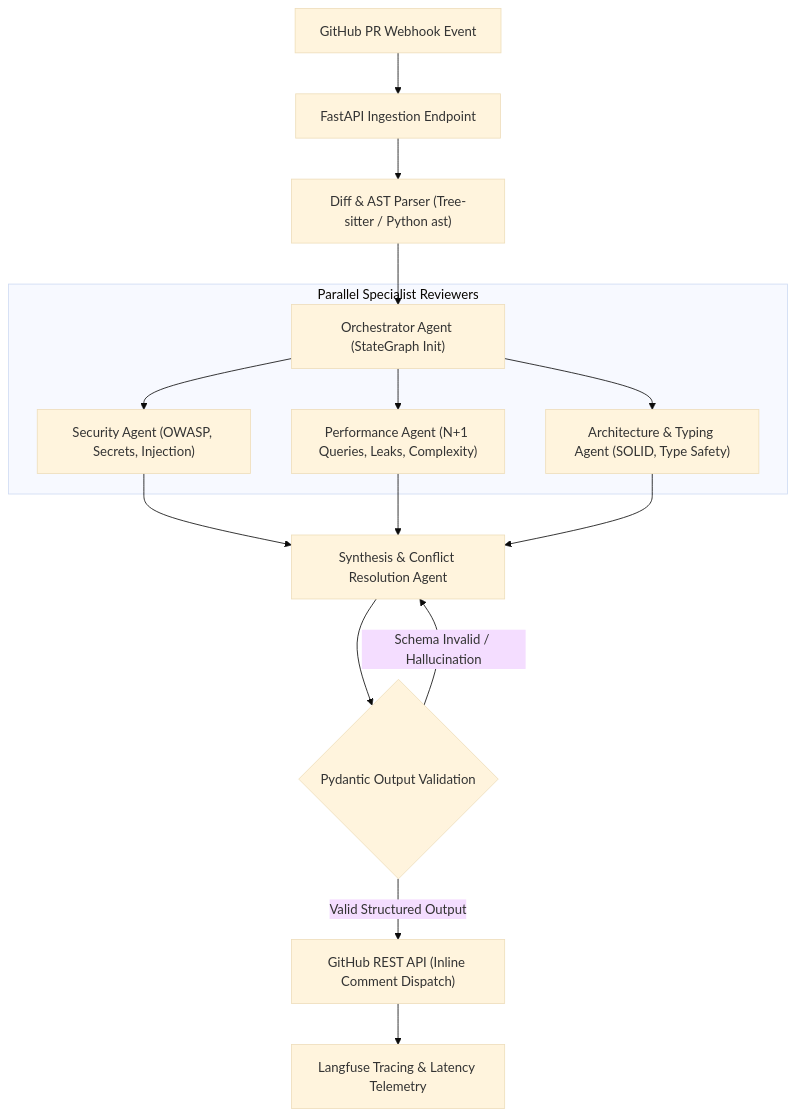
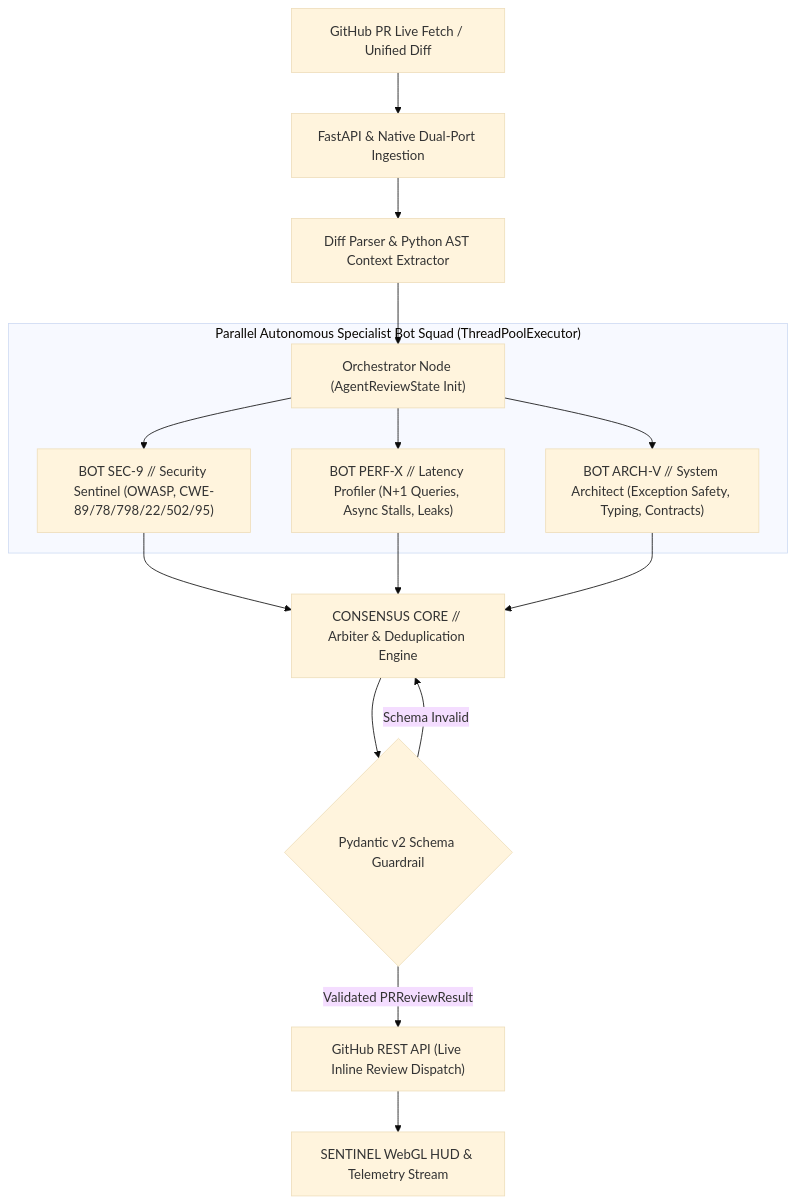
The diagram in README.md (keshav647/autonomous-pr-reviewer), drawn with Mermaid (base theme) before and after one commit. The commit also changed other lines of this file and 13 other files, not shown here.

Commit message:
feat(core): SENTINEL tactical HUD UI, dual-port server, AST-guided specialist review & live GitHub PR routes

````diff
--- a/README.md
+++ b/README.md
@@ -18,21 +19,21 @@
 ```mermaid
 flowchart TD
-    WH["GitHub PR Webhook Event"] --> API["FastAPI Ingestion Endpoint"]
-    API --> AST["Diff & AST Parser (Tree-sitter / Python ast)"]
-    AST --> ORCH["Orchestrator Agent (StateGraph Init)"]
+    WH["GitHub PR Live Fetch / Unified Diff"] --> API["FastAPI & Native Dual-Port Ingestion"]
+    API --> AST["Diff Parser & Python AST Context Extractor"]
+    AST --> ORCH["Orchestrator Node (AgentReviewState Init)"]
 
-    subgraph SpecialistAgents["Parallel Specialist Reviewers"]
-        ORCH --> SEC["Security Agent (OWASP, Secrets, Injection)"]
-        ORCH --> PERF["Performance Agent (N+1 Queries, Leaks, Complexity)"]
-        ORCH --> ARCH["Architecture & Typing Agent (SOLID, Type Safety)"]
+    subgraph SpecialistSquad["Parallel Autonomous Specialist Bot Squad (ThreadPoolExecutor)"]
+        ORCH --> SEC["BOT SEC-9 // Security Sentinel (OWASP, CWE-89/78/798/22/502/95)"]
+        ORCH --> PERF["BOT PERF-X // Latency Profiler (N+1 Queries, Async Stalls, Leaks)"]
+        ORCH --> ARCH["BOT ARCH-V // System Architect (Exception Safety, Typing, Contracts)"]
     end
 
-    SEC --> AGG["Synthesis & Conflict Resolution Agent"]
+    SEC --> AGG["CONSENSUS CORE // Arbiter & Deduplication Engine"]
     PERF --> AGG
     ARCH --> AGG
 
-    AGG --> VAL{"Pydantic Output Validation"}
-    VAL -- "Schema Invalid / Hallucination" --> AGG
-    VAL -- "Valid Structured Output" --> GH["GitHub REST API (Inline Comment Dispatch)"]
-    GH --> LF["Langfuse Tracing & Latency Telemetry"]
+    AGG --> VAL{"Pydantic v2 Schema Guardrail"}
+    VAL -- "Schema Invalid" --> AGG
+    VAL -- "Validated PRReviewResult" --> GH["GitHub REST API (Live Inline Review Dispatch)"]
+    GH --> HUD["SENTINEL WebGL HUD & Telemetry Stream"]
 ```
````
